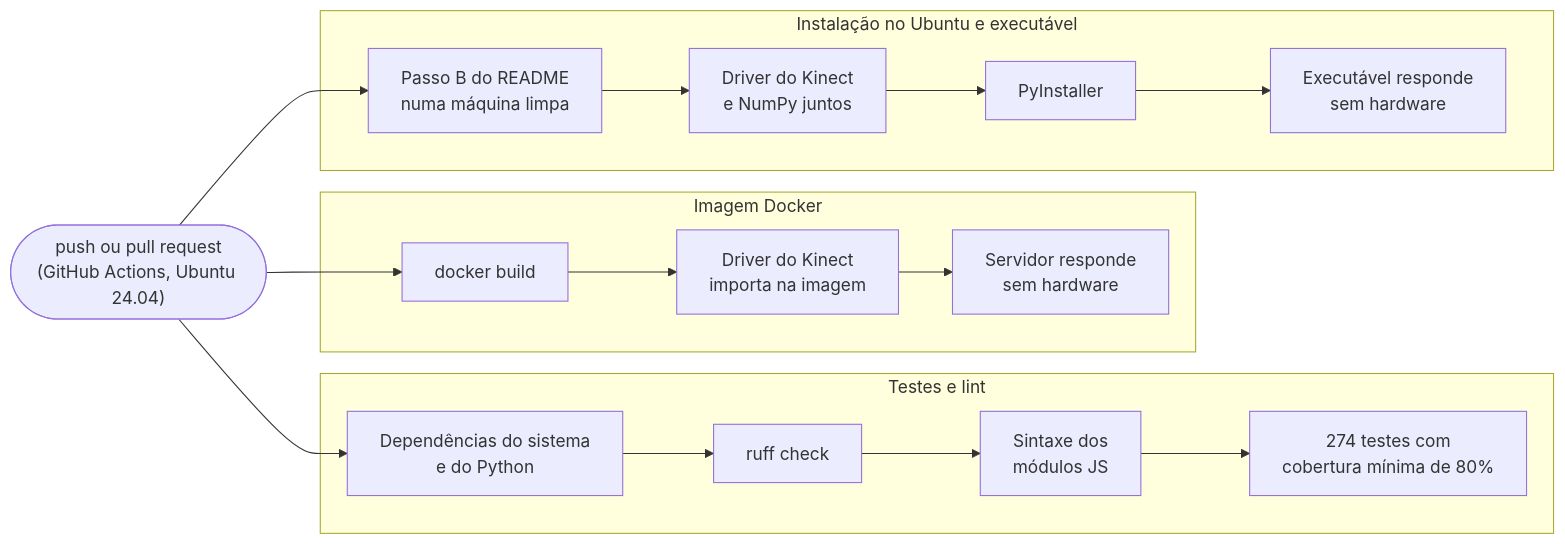
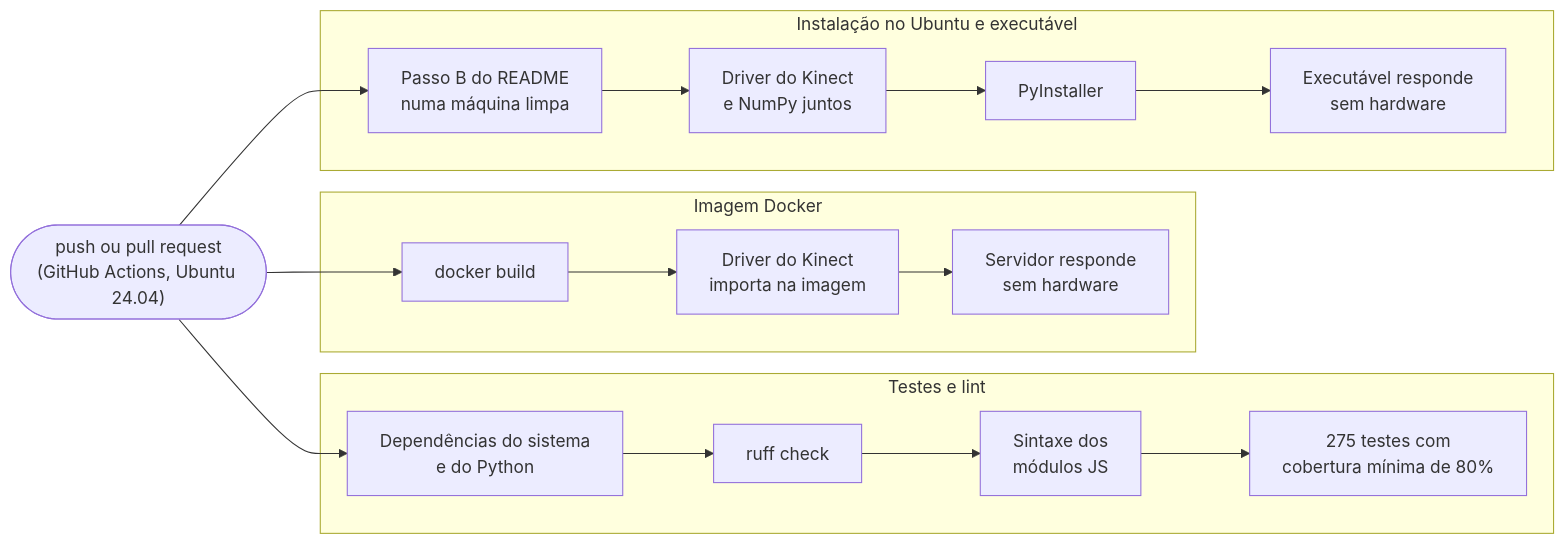
Before and after one commit to Kauan-V-Marques/AGV: diagram 20 of 22 in README.md, drawn with Mermaid. The commit also changed other lines of this file and 4 other files, not shown here.

````diff
--- a/README.md
+++ b/README.md
@@ -1480,15 +1480,15 @@
 ```mermaid
 flowchart LR
     subgraph T["Testes e lint"]
-        T1["Dependências do sistema<br/>e do Python"] --> T2["ruff check"] --> T3["Sintaxe dos<br/>módulos JS"] --> T4["274 testes com<br/>cobertura mínima de 80%"]
+        T1["Dependências do sistema<br/>e do Python"] --> T2["ruff check"] --> T3["Sintaxe dos<br/>módulos JS"] --> T4["275 testes com<br/>cobertura mínima de 80%"]
     end
     subgraph D["Imagem Docker"]
         D1["docker build"] --> D2["Driver do Kinect<br/>importa na imagem"] --> D3["Servidor responde<br/>sem hardware"]
     end
     subgraph E["Instalação no Ubuntu e executável"]
         E1["Passo B do README<br/>numa máquina limpa"] --> E2["Driver do Kinect<br/>e NumPy juntos"] --> E3["PyInstaller"] --> E4["Executável responde<br/>sem hardware"]
     end
     P(["push ou pull request<br/>(GitHub Actions, Ubuntu 24.04)"]) --> T1
     P --> D1
     P --> E1
 ```
````
